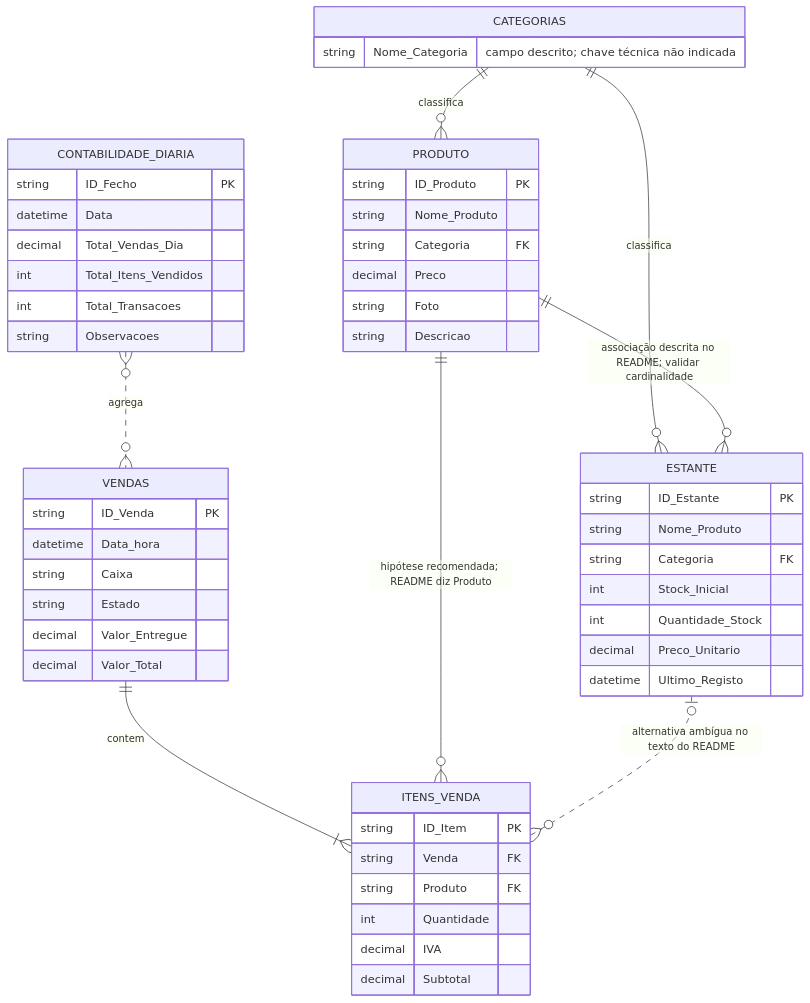
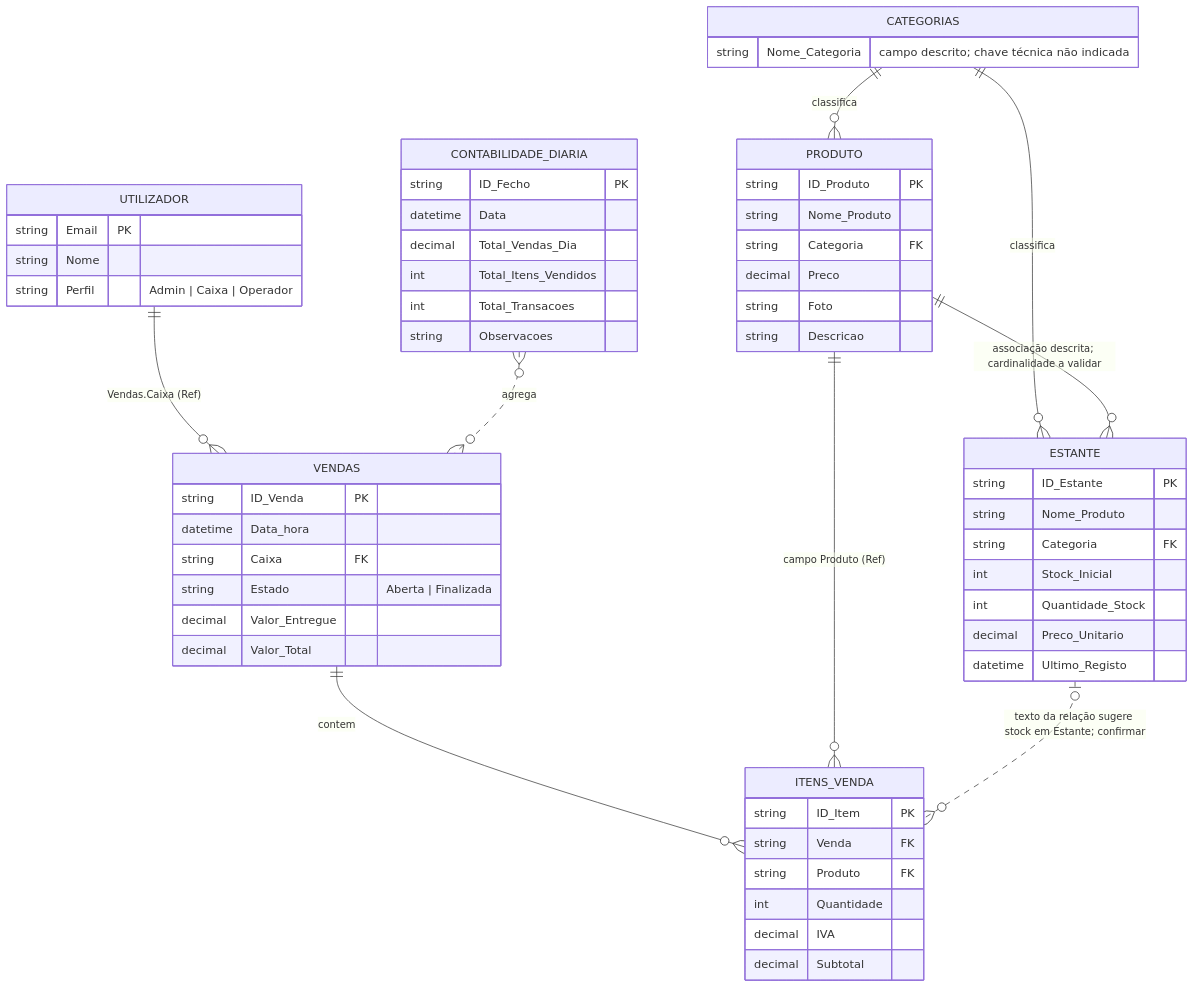
One commit to lablu3s/Portfolio changed the diagram in M9_Demo_Day/docs/Stok_Prontu_Fontes_Diagramas/modelo_dados.mmd. Above: the diagram before and after it, drawn with Mermaid. The commit also changed 6 other files, not shown here.

```diff
--- a/M9_Demo_Day/docs/Stok_Prontu_Fontes_Diagramas/modelo_dados.mmd
+++ b/M9_Demo_Day/docs/Stok_Prontu_Fontes_Diagramas/modelo_dados.mmd
@@ -1,53 +1,59 @@
 erDiagram
+  UTILIZADOR ||--o{ VENDAS : "Vendas.Caixa (Ref)"
   CATEGORIAS ||--o{ PRODUTO : classifica
   CATEGORIAS ||--o{ ESTANTE : classifica
-  PRODUTO ||--o{ ESTANTE : "associação descrita no README; validar cardinalidade"
-  VENDAS ||--|{ ITENS_VENDA : contem
-  PRODUTO ||--o{ ITENS_VENDA : "hipótese recomendada; README diz Produto"
-  ESTANTE o|..o{ ITENS_VENDA : "alternativa ambígua no texto do README"
+  PRODUTO ||--o{ ESTANTE : "associação descrita; cardinalidade a validar"
+  VENDAS ||--o{ ITENS_VENDA : contem
+  PRODUTO ||--o{ ITENS_VENDA : "campo Produto (Ref)"
+  ESTANTE o|..o{ ITENS_VENDA : "texto da relação sugere stock em Estante; confirmar"
   CONTABILIDADE_DIARIA }o..o{ VENDAS : agrega
 
+  UTILIZADOR {
+    string Email PK
+    string Nome
+    string Perfil "Admin | Caixa | Operador"
+  }
   CATEGORIAS {
     string Nome_Categoria "campo descrito; chave técnica não indicada"
   }
   PRODUTO {
     string ID_Produto PK
     string Nome_Produto
     string Categoria FK
     decimal Preco
     string Foto
     string Descricao
   }
   ESTANTE {
     string ID_Estante PK
     string Nome_Produto
     string Categoria FK
     int Stock_Inicial
     int Quantidade_Stock
     decimal Preco_Unitario
     datetime Ultimo_Registo
   }
   VENDAS {
     string ID_Venda PK
     datetime Data_hora
-    string Caixa
-    string Estado
+    string Caixa FK
+    string Estado "Aberta | Finalizada"
     decimal Valor_Entregue
     decimal Valor_Total
   }
   ITENS_VENDA {
     string ID_Item PK
     string Venda FK
     string Produto FK
     int Quantidade
     decimal IVA
     decimal Subtotal
   }
   CONTABILIDADE_DIARIA {
     string ID_Fecho PK
     datetime Data
     decimal Total_Vendas_Dia
     int Total_Itens_Vendidos
     int Total_Transacoes
     string Observacoes
   }
```
